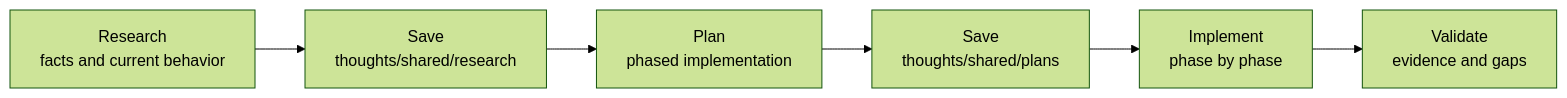
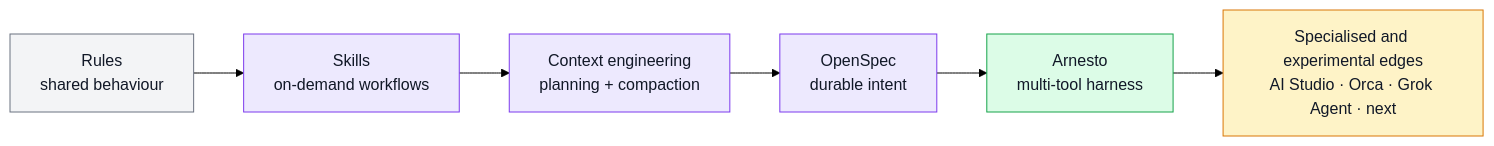
One commit to saski/arnesto changed the first of 2 diagrams in README.md. Above: the diagram before and after it, drawn with Mermaid (forest theme). The commit also changed other lines of this file and 2 other files, not shown here.

Commit message:
Refresh Arnesto ecosystem documentation

````diff
--- a/README.md
+++ b/README.md
@@ -305,11 +34,20 @@
 ```mermaid
 flowchart LR
-    research["Research<br/>facts and current behavior"]
-    save1["Save<br/>thoughts/shared/research"]
-    plan["Plan<br/>phased implementation"]
-    save2["Save<br/>thoughts/shared/plans"]
-    implement["Implement<br/>phase by phase"]
-    validate["Validate<br/>evidence and gaps"]
+    rules["Rules<br/>shared behaviour"]
+    skills["Skills<br/>on-demand workflows"]
+    context["Context engineering<br/>planning + compaction"]
+    specs["OpenSpec<br/>durable intent"]
+    harness["Arnesto<br/>multi-tool harness"]
+    lab["Specialised and experimental edges<br/>AI Studio · Orca · Grok Agent · next"]
 
-    research --> save1 --> plan --> save2 --> implement --> validate
+    rules --> skills --> context --> specs --> harness --> lab
+
+    classDef origin fill:#f3f4f6,stroke:#6b7280,color:#111827
+    classDef growth fill:#ede9fe,stroke:#7c3aed,color:#111827
+    classDef current fill:#dcfce7,stroke:#16a34a,color:#111827
+    classDef labStyle fill:#fef3c7,stroke:#d97706,color:#111827
+    class rules origin
+    class skills,context,specs growth
+    class harness current
+    class lab labStyle
 ```
````
